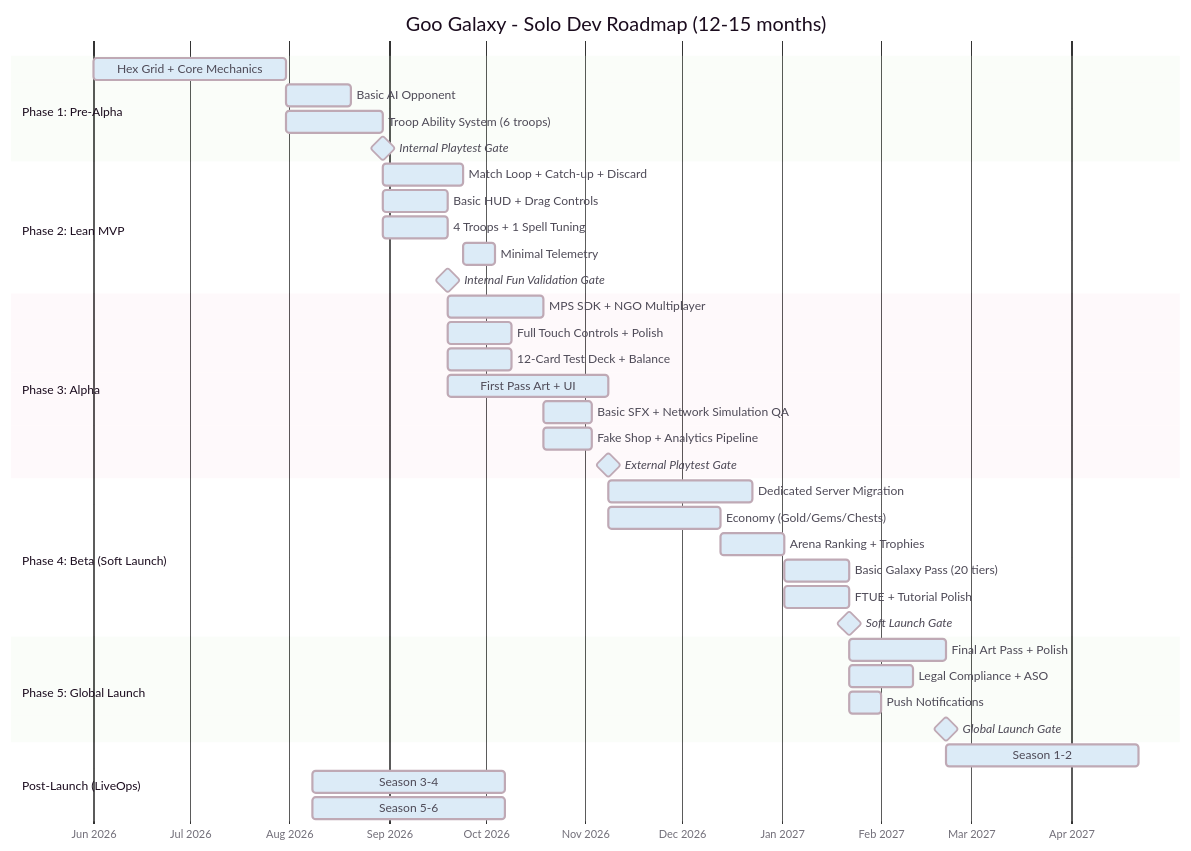
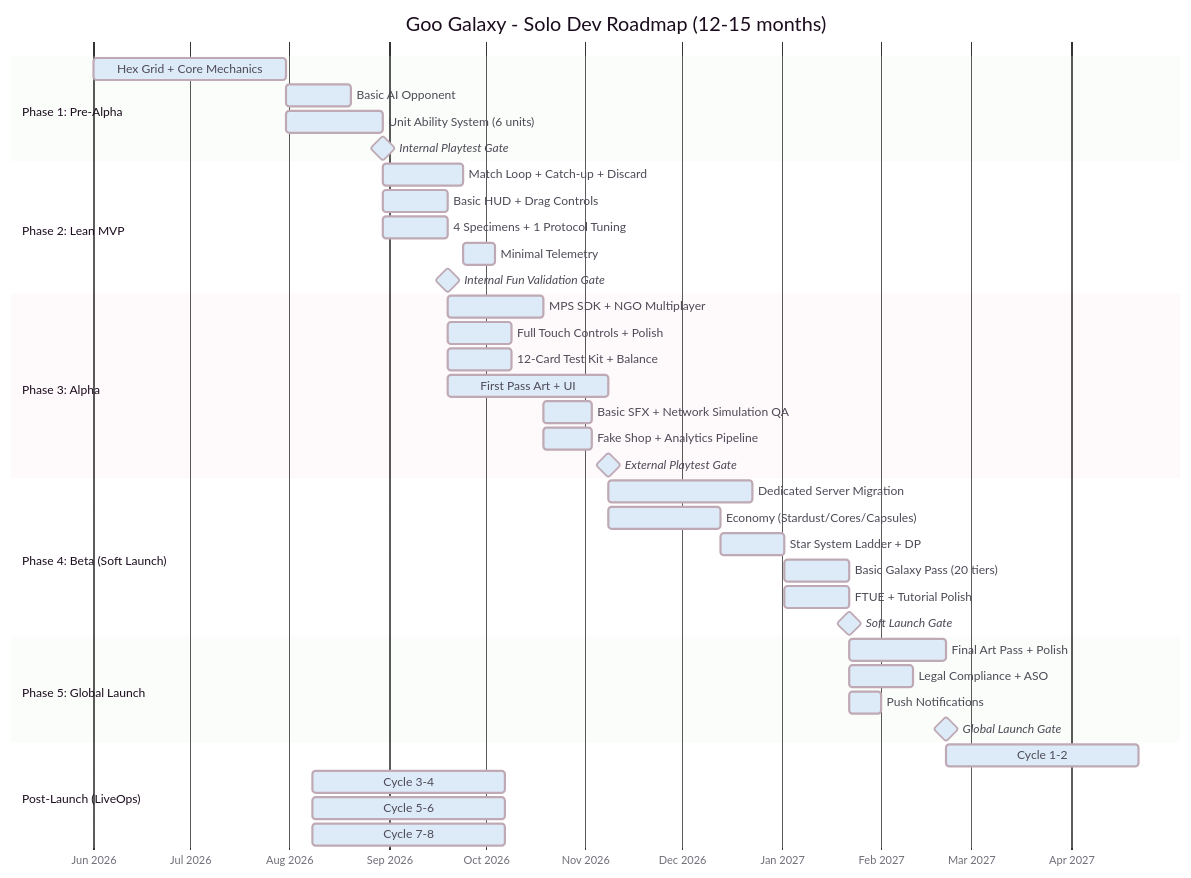
One commit to unknown-studios-code/goo-galaxy changed the diagram in .docs/GDD/09_MVP_And_Roadmap.md. Above: the diagram before and after it, drawn with Mermaid. The commit also changed other lines of this file and 54 other files, not shown here.

````diff
--- a/.docs/GDD/09_MVP_And_Roadmap.md
+++ b/.docs/GDD/09_MVP_And_Roadmap.md
@@ -97,48 +99,49 @@
 ```mermaid
 %%{init: {"theme":"base","themeVariables":{"primaryColor":"#F7E1E8","secondaryColor":"#DCEBF7","tertiaryColor":"#E4F3E1","primaryBorderColor":"#BFA9B5","lineColor":"#A8B6C8","primaryTextColor":"#4E4A57","clusterBkg":"#FAF5EA","clusterBorder":"#CDBFAF","edgeLabelBackground":"#FFF9F2","noteBkgColor":"#F7F1FA","noteTextColor":"#4E4A57","taskBkgColor":"#DCEBF7","taskTextColor":"#4E4A57","taskTextOutsideColor":"#4E4A57","sectionBkgColor":"#E4F3E1","sectionBorderColor":"#BCD0B9","gridColor":"#E8DDD3","todayLineColor":"#C7A7B5","actorBkg":"#F7E1E8","actorBorder":"#BFA9B5","actorTextColor":"#4E4A57","signalColor":"#A8B6C8","signalTextColor":"#4E4A57","labelBoxBkgColor":"#FFF9F2","labelBoxBorderColor":"#CDBFAF","labelTextColor":"#4E4A57"}}}%%
 gantt
     title Goo Galaxy - Solo Dev Roadmap (12-15 months)
     dateFormat YYYY-MM-DD
     axisFormat %b %Y
 
     section Phase 1: Pre-Alpha
     Hex Grid + Core Mechanics           :p1a, 2026-06-01, 60d
     Basic AI Opponent                   :p1b, after p1a, 20d
-    Troop Ability System (6 troops)     :p1c, after p1a, 30d
+    Unit Ability System (6 units)     :p1c, after p1a, 30d
     Internal Playtest Gate              :milestone, after p1c, 0d
 
     section Phase 2: Lean MVP
     Match Loop + Catch-up + Discard     :p2a, after p1c, 25d
     Basic HUD + Drag Controls           :p2b, after p1c, 20d
-    4 Troops + 1 Spell Tuning           :p2c, after p1c, 20d
+    4 Specimens + 1 Protocol Tuning    :p2c, after p1c, 20d
     Minimal Telemetry                   :p2d, after p2a, 10d
     Internal Fun Validation Gate        :milestone, after p2c, 0d
 
     section Phase 3: Alpha
     MPS SDK + NGO Multiplayer           :p3a, after p2c, 30d
     Full Touch Controls + Polish        :p3b, after p2c, 20d
-    12-Card Test Deck + Balance         :p3c, after p2c, 20d
+    12-Card Test Kit + Balance          :p3c, after p2c, 20d
     First Pass Art + UI                 :p3d, after p2c, 50d
     Basic SFX + Network Simulation QA   :p3e, after p3a, 15d
     Fake Shop + Analytics Pipeline      :p3f, after p3a, 15d
     External Playtest Gate              :milestone, after p3d, 0d
 
     section Phase 4: Beta (Soft Launch)
     Dedicated Server Migration          :p4a, after p3d, 45d
-    Economy (Gold/Gems/Chests)          :p4b, after p3d, 35d
-    Arena Ranking + Trophies            :p4c, after p4b, 20d
+    Economy (Stardust/Cores/Capsules)   :p4b, after p3d, 35d
+    Star System Ladder + DP             :p4c, after p4b, 20d
     Basic Galaxy Pass (20 tiers)        :p4d, after p4c, 20d
     FTUE + Tutorial Polish              :p4e, after p4c, 20d
     Soft Launch Gate                    :milestone, after p4e, 0d
 
     section Phase 5: Global Launch
     Final Art Pass + Polish             :p5a, after p4e, 30d
     Legal Compliance + ASO              :p5b, after p4e, 20d
     Push Notifications                  :p5c, after p4e, 10d
     Global Launch Gate                  :milestone, after p5a, 0d
 
     section Post-Launch (LiveOps)
-    Season 1-2: Cards + Events          :s1, after p5a, 60d
-    Season 3-4: Clans + Draft Mode      :s2, after s1, 60d
-    Season 5-6: Clan Wars + PvE         :s3, after s2, 60d
+    Cycle 1-2: Cards + Events           :s1, after p5a, 60d
+    Cycle 3-4: Crews + Blind Discovery  :s2, after s1, 60d
+    Cycle 5-6: Races + Premium Pass     :s3, after s2, 60d
+    Cycle 7-8: PvE + Tournaments        :s4, after s3, 60d
 ```
````
